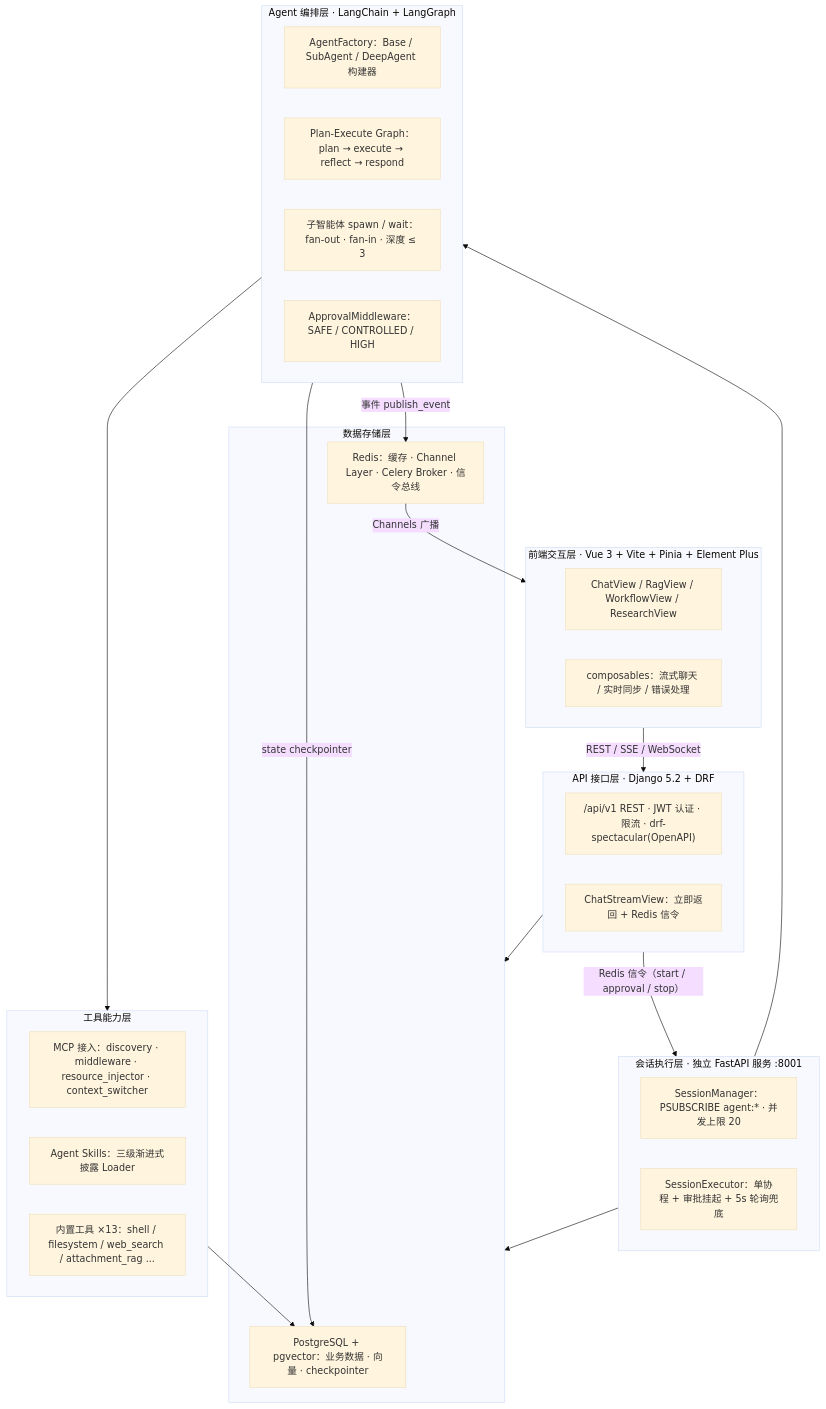
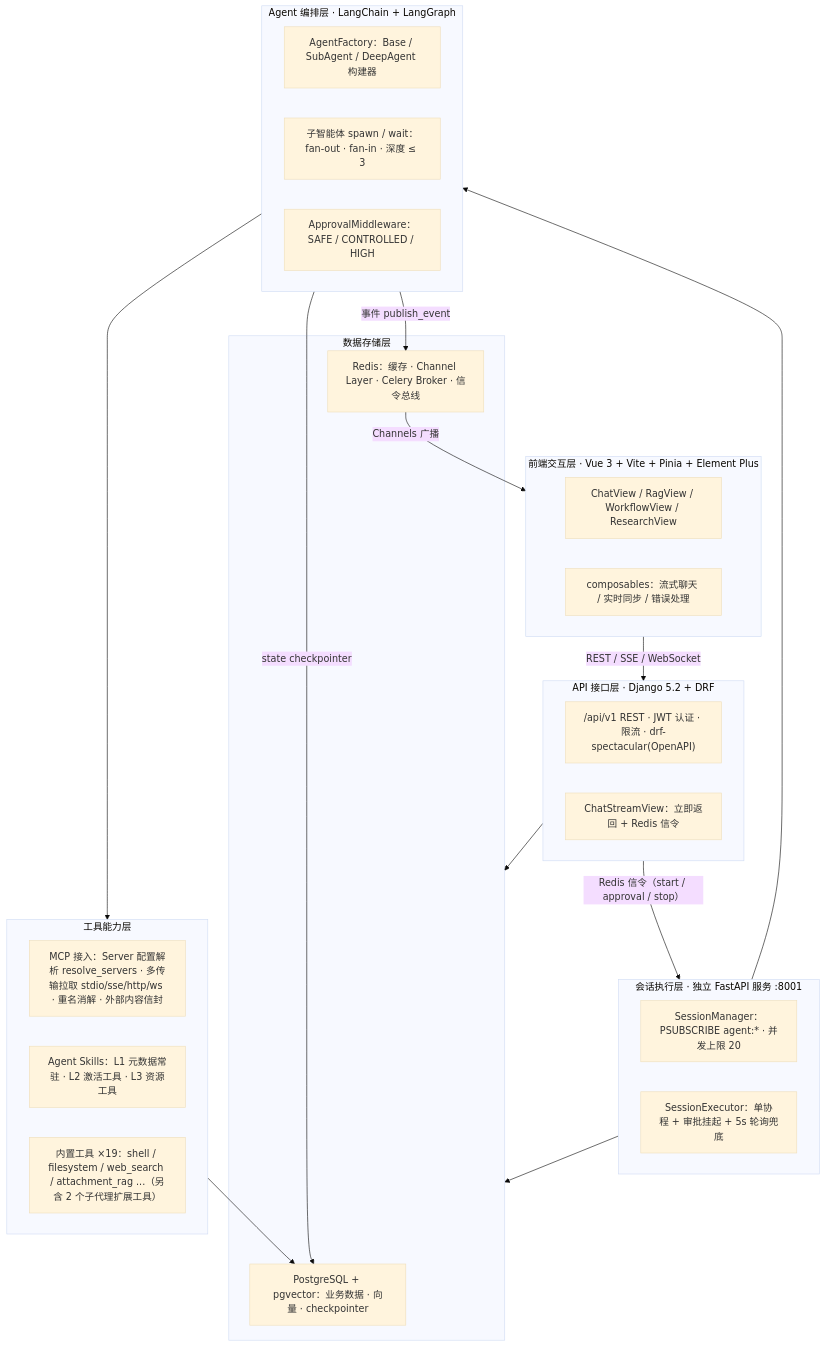
One commit to dxzs-py/dmo changed the diagram in README.md. Above: the diagram before and after it, drawn with Mermaid (base theme). The commit also changed other lines of this file and 337 other files, not shown here.

````diff
--- a/README.md
+++ b/README.md
@@ -42,46 +42,45 @@
 ```mermaid
 flowchart TB
     subgraph FE["前端交互层 · Vue 3 + Vite + Pinia + Element Plus"]
         V1["ChatView / RagView / WorkflowView / ResearchView"]
         V2["composables：流式聊天 / 实时同步 / 错误处理"]
     end
 
     subgraph API["API 接口层 · Django 5.2 + DRF"]
         A1["/api/v1 REST · JWT 认证 · 限流 · drf-spectacular(OpenAPI)"]
         A2["ChatStreamView：立即返回 + Redis 信令"]
     end
 
     subgraph EXEC["会话执行层 · 独立 FastAPI 服务 :8001"]
         E1["SessionManager：PSUBSCRIBE agent:* · 并发上限 20"]
         E2["SessionExecutor：单协程 + 审批挂起 + 5s 轮询兜底"]
     end
 
     subgraph ORCH["Agent 编排层 · LangChain + LangGraph"]
         O1["AgentFactory：Base / SubAgent / DeepAgent 构建器"]
-        O2["Plan-Execute Graph：plan → execute → reflect → respond"]
-        O3["子智能体 spawn / wait：fan-out · fan-in · 深度 ≤ 3"]
-        O4["ApprovalMiddleware：SAFE / CONTROLLED / HIGH"]
+        O2["子智能体 spawn / wait：fan-out · fan-in · 深度 ≤ 3"]
+        O3["ApprovalMiddleware：SAFE / CONTROLLED / HIGH"]
     end
 
     subgraph TOOL["工具能力层"]
-        T1["MCP 接入：discovery · middleware · resource_injector · context_switcher"]
-        T2["Agent Skills：三级渐进式披露 Loader"]
-        T3["内置工具 ×13：shell / filesystem / web_search / attachment_rag ..."]
+        T1["MCP 接入：Server 配置解析 resolve_servers · 多传输拉取 stdio/sse/http/ws · 重名消解 · 外部内容信封"]
+        T2["Agent Skills：L1 元数据常驻 · L2 激活工具 · L3 资源工具"]
+        T3["内置工具 ×19：shell / filesystem / web_search / attachment_rag ...（另含 2 个子代理扩展工具）"]
     end
 
     subgraph DATA["数据存储层"]
         D1["PostgreSQL + pgvector：业务数据 · 向量 · checkpointer"]
         D2["Redis：缓存 · Channel Layer · Celery Broker · 信令总线"]
     end
 
     FE -->|"REST / SSE / WebSocket"| API
     API -->|"Redis 信令（start / approval / stop）"| EXEC
     API --> DATA
     EXEC --> ORCH
     EXEC --> DATA
     ORCH --> TOOL
     TOOL --> D1
     ORCH -->|"state checkpointer"| D1
     ORCH -->|"事件 publish_event"| D2
     D2 -->|"Channels 广播"| FE
 ```
````
